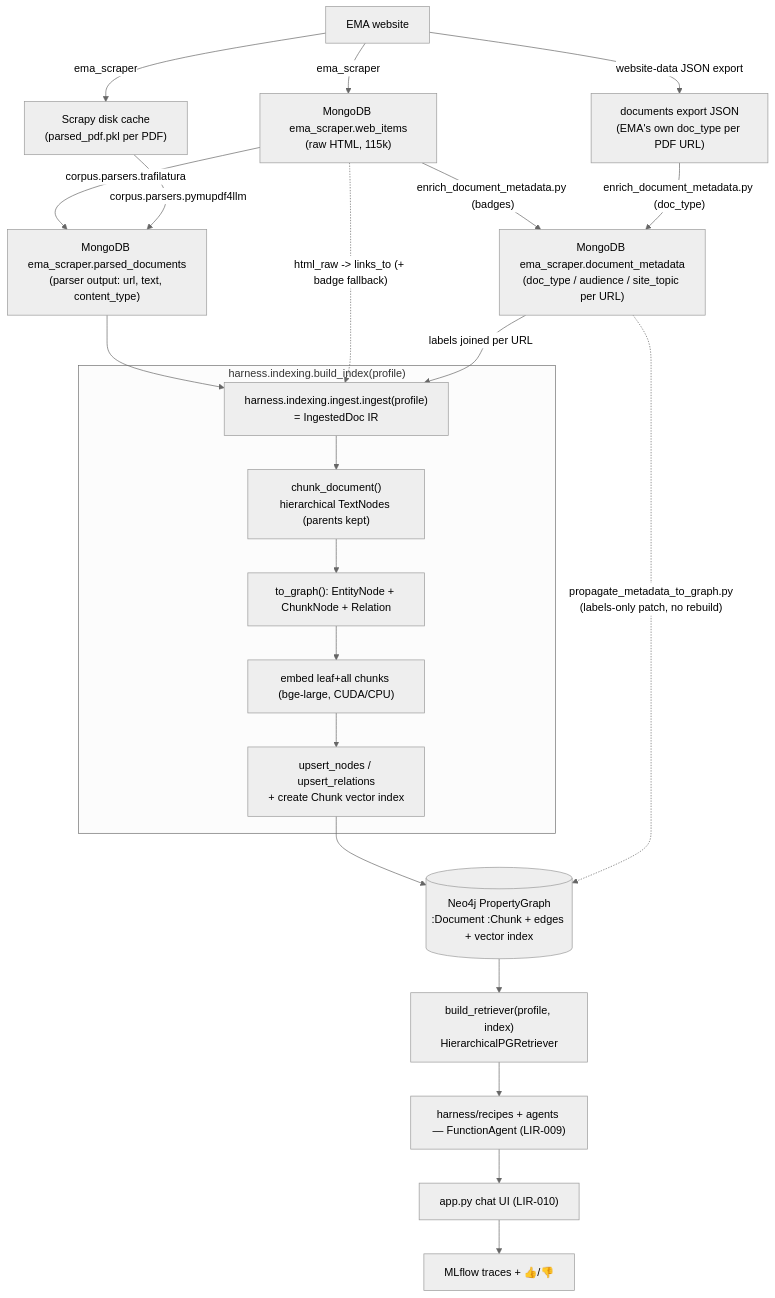
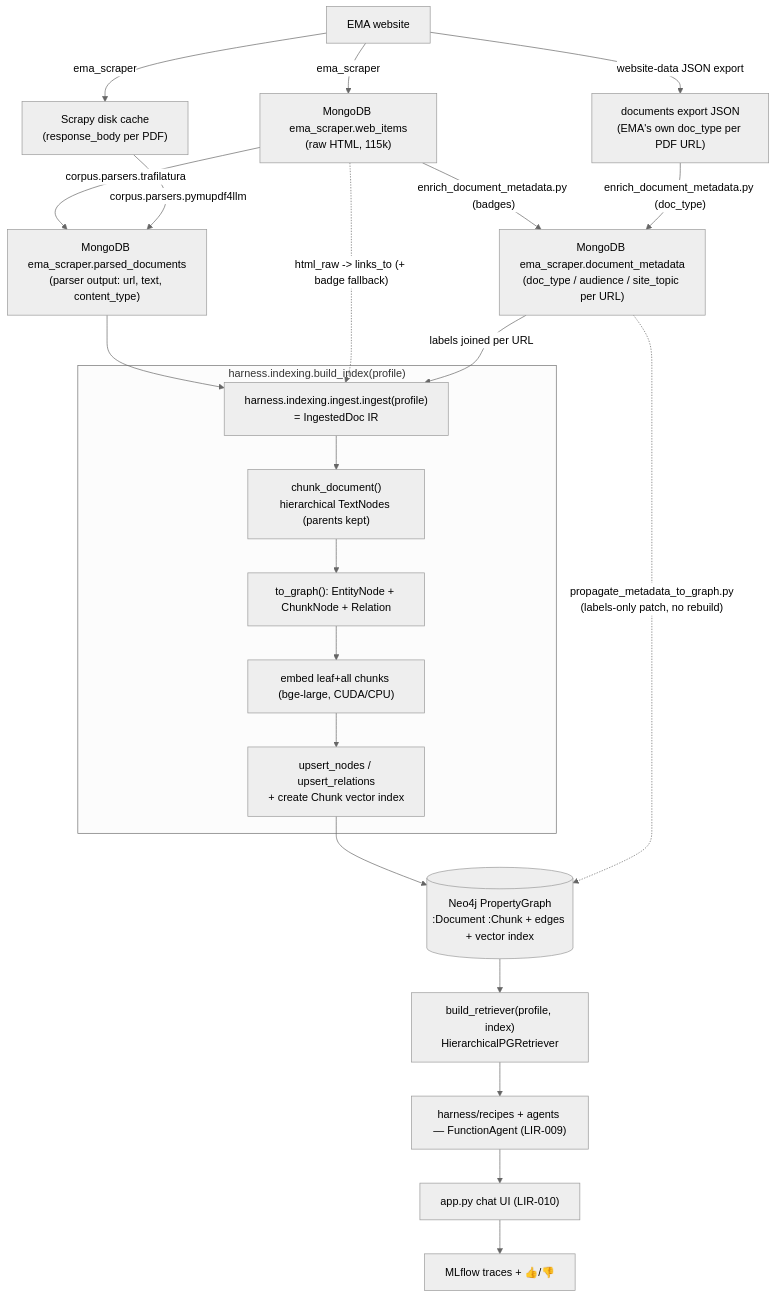
Before and after one commit to MoritzImendoerffer/ema_nlp: the first of 3 diagrams in docs/RETRIEVAL.md, drawn with Mermaid (neutral theme). The commit also changed other lines of this file and 6 other files, not shown here.

````diff
--- a/docs/RETRIEVAL.md
+++ b/docs/RETRIEVAL.md
@@ -43,30 +43,30 @@
 ```mermaid
 flowchart TD
     EMA[EMA website] -->|ema_scraper| WI["MongoDB ema_scraper.web_items<br/>(raw HTML, 115k)"]
-    EMA -->|ema_scraper| SC["Scrapy disk cache<br/>(parsed_pdf.pkl per PDF)"]
+    EMA -->|ema_scraper| SC["Scrapy disk cache<br/>(response_body per PDF)"]
     EMA -->|website-data JSON export| EX["documents export JSON<br/>(EMA's own doc_type per PDF URL)"]
 
     WI -->|"corpus.parsers.trafilatura"| PD["MongoDB ema_scraper.parsed_documents<br/>(parser output: url, text, content_type)"]
     SC -->|"corpus.parsers.pymupdf4llm"| PD
 
     WI -->|"enrich_document_metadata.py (badges)"| DM["MongoDB ema_scraper.document_metadata<br/>(doc_type / audience / site_topic per URL)"]
     EX -->|"enrich_document_metadata.py (doc_type)"| DM
 
     PD --> ING["harness.indexing.ingest.ingest(profile)<br/>= IngestedDoc IR"]
     WI -. "html_raw -> links_to (+ badge fallback)" .-> ING
     DM -- "labels joined per URL" --> ING
 
     subgraph BUILD["harness.indexing.build_index(profile)"]
       ING --> CH["chunk_document()<br/>hierarchical TextNodes (parents kept)"]
       CH --> TG["to_graph(): EntityNode + ChunkNode + Relation"]
       TG --> EMB["embed leaf+all chunks (bge-large, CUDA/CPU)"]
       EMB --> UP["upsert_nodes / upsert_relations<br/>+ create Chunk vector index"]
     end
 
     UP --> NEO[("Neo4j PropertyGraph<br/>:Document :Chunk + edges + vector index")]
     DM -. "propagate_metadata_to_graph.py<br/>(labels-only patch, no rebuild)" .-> NEO
     NEO --> RET["build_retriever(profile, index)<br/>HierarchicalPGRetriever"]
     RET --> WF["harness/recipes + agents — FunctionAgent (LIR-009)"]
     WF --> APP["app.py chat UI (LIR-010)"]
     APP --> PHX[MLflow traces + 👍/👎]
 ```
````
